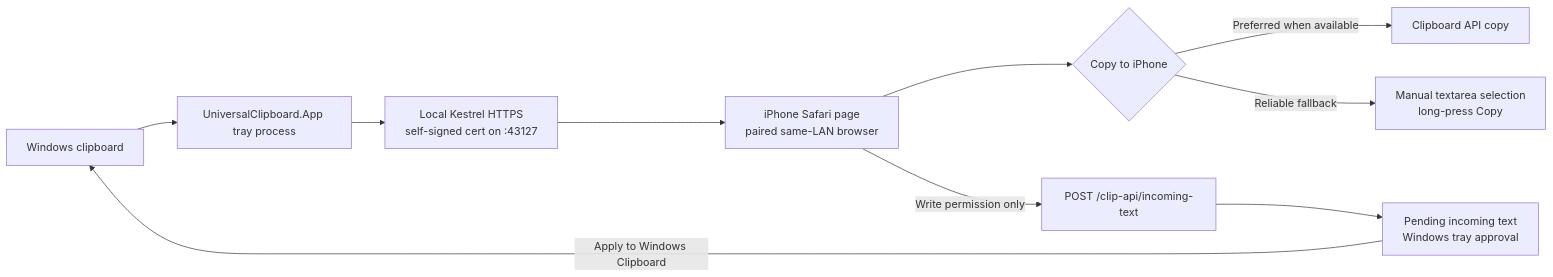
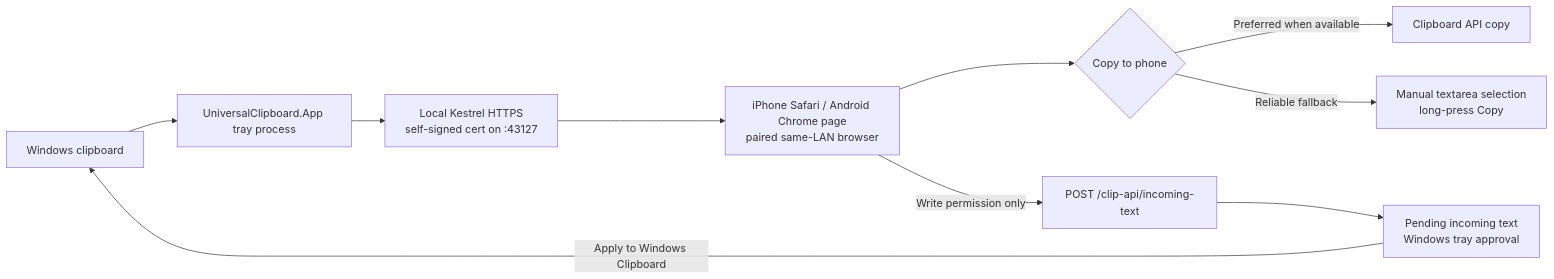
The diagram in README.md (ray910408/Universal_Clipboard), drawn with Mermaid before and after one commit. The commit also changed other lines of this file and 4 other files, not shown here.

Commit message:
docs: document bidirectional Android Chrome support

````diff
--- a/README.md
+++ b/README.md
@@ -73,12 +73,12 @@
 ```mermaid
 flowchart LR
     A["Windows clipboard"] --> B["UniversalClipboard.App tray process"]
     B --> C["Local Kestrel HTTPS<br/>self-signed cert on :43127"]
-    C --> D["iPhone Safari page<br/>paired same-LAN browser"]
-    D --> E{"Copy to iPhone"}
+    C --> D["iPhone Safari / Android Chrome page<br/>paired same-LAN browser"]
+    D --> E{"Copy to phone"}
     E -->|Preferred when available| F["Clipboard API copy"]
     E -->|Reliable fallback| G["Manual textarea selection<br/>long-press Copy"]
     D -->|Write permission only| H["POST /clip-api/incoming-text"]
     H --> I["Pending incoming text<br/>Windows tray approval"]
     I -->|Apply to Windows Clipboard| A
 ```
````
